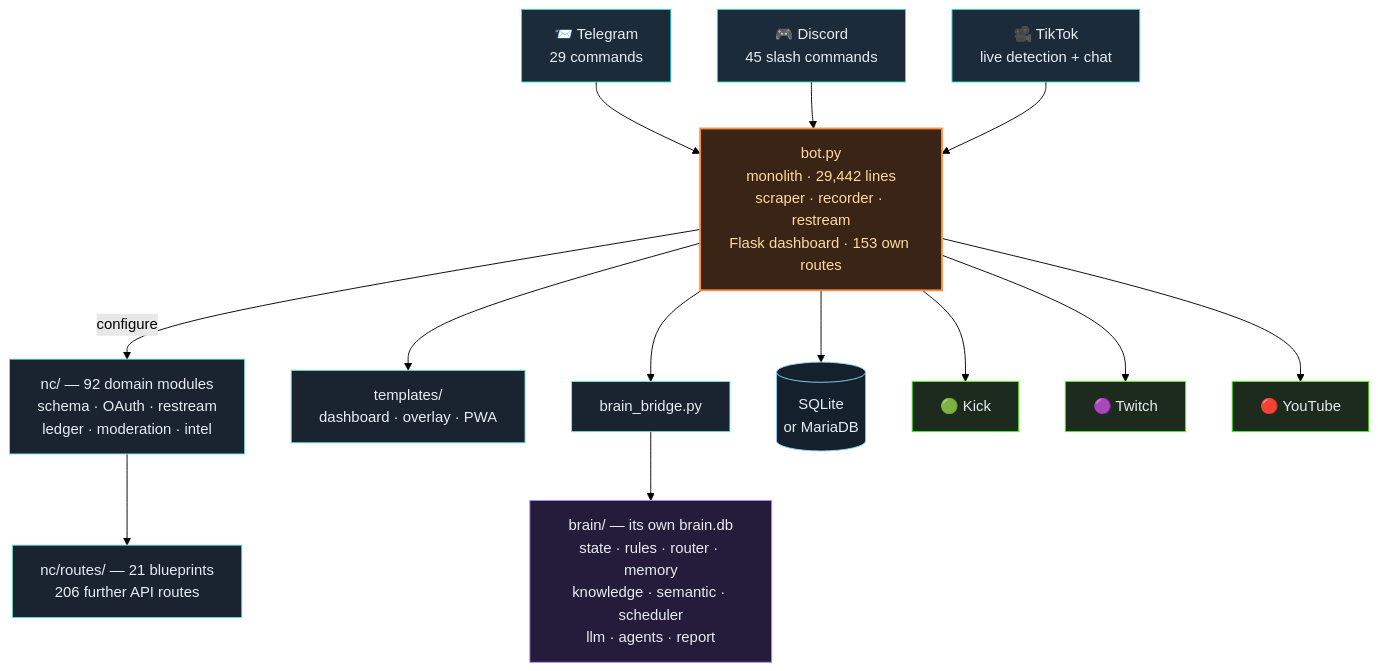
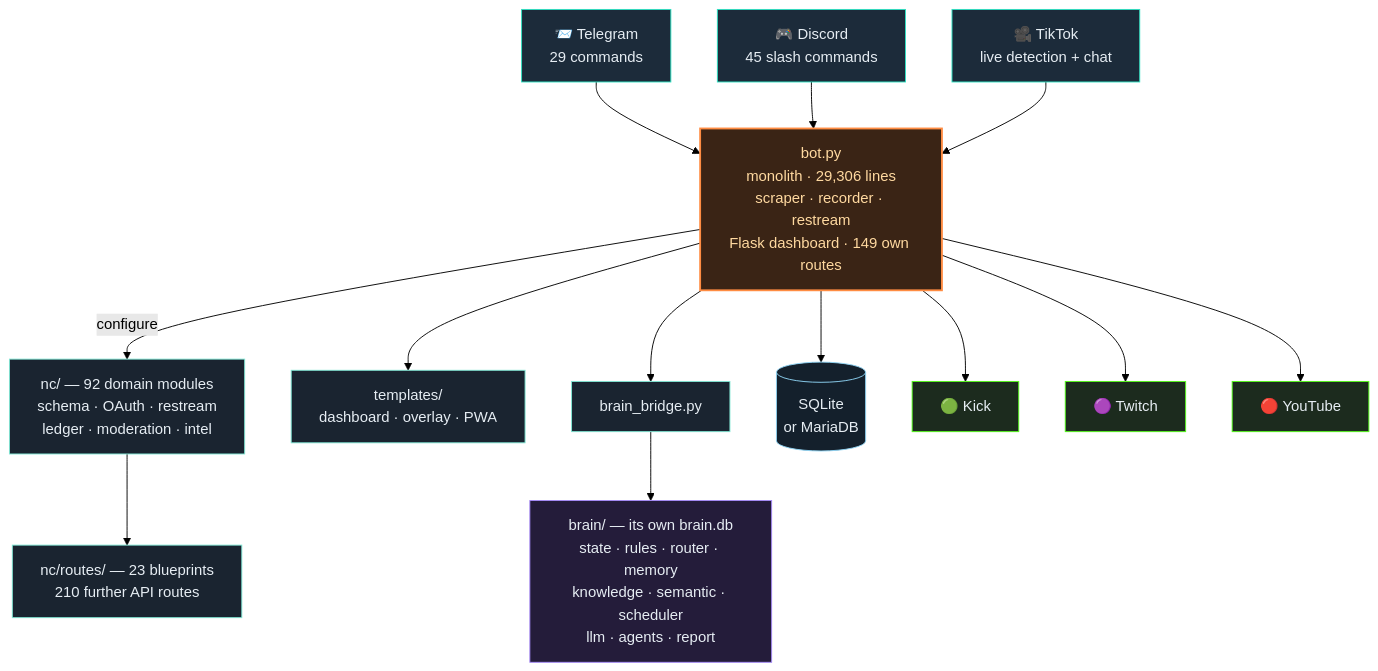
The third of 4 diagrams in README.en.md (itsamemedev/Telegram-Stream-Info-Bot), drawn with Mermaid (forest theme) before and after one commit. The commit also changed other lines of this file and 14 other files, not shown here.

````diff
--- a/README.en.md
+++ b/README.en.md
@@ -190,30 +190,30 @@
 ```mermaid
 flowchart TB
     TG["📨 Telegram<br/>29 commands"]:::ein
     DC["🎮 Discord<br/>45 slash commands"]:::ein
     TT["🎥 TikTok<br/>live detection + chat"]:::ein
 
     TG --> BOT
     DC --> BOT
     TT --> BOT
 
-    BOT["bot.py<br/>monolith · 29,442 lines<br/>scraper · recorder · restream<br/>Flask dashboard · 153 own routes"]:::core
+    BOT["bot.py<br/>monolith · 29,306 lines<br/>scraper · recorder · restream<br/>Flask dashboard · 149 own routes"]:::core
 
     BOT -->|configure| NC["nc/ — 92 domain modules<br/>schema · OAuth · restream<br/>ledger · moderation · intel"]:::lib
-    NC --> RT["nc/routes/ — 21 blueprints<br/>206 further API routes"]:::lib
+    NC --> RT["nc/routes/ — 23 blueprints<br/>210 further API routes"]:::lib
     BOT --> TPL["templates/<br/>dashboard · overlay · PWA"]:::lib
     BOT --> BR["brain_bridge.py"]:::lib
     BR --> BRAIN["brain/ — its own brain.db<br/>state · rules · router · memory<br/>knowledge · semantic · scheduler<br/>llm · agents · report"]:::brain
     BOT --> DB[("SQLite<br/>or MariaDB")]:::db
 
     BOT --> KICK["🟢 Kick"]:::out
     BOT --> TW["🟣 Twitch"]:::out
     BOT --> YT["🔴 YouTube"]:::out
 
     classDef ein fill:#1c2b3a,stroke:#2de1c2,color:#e6edf3
     classDef core fill:#3a2415,stroke:#ff8c42,stroke-width:2px,color:#ffd9a0
     classDef lib fill:#1a2430,stroke:#7fe7d4,color:#e6edf3
     classDef brain fill:#241c3a,stroke:#a78bfa,color:#e6edf3
     classDef db fill:#14202c,stroke:#8fd3f4,color:#e6edf3
     classDef out fill:#1c2b1e,stroke:#53fc18,color:#e6edf3
 ```
````
